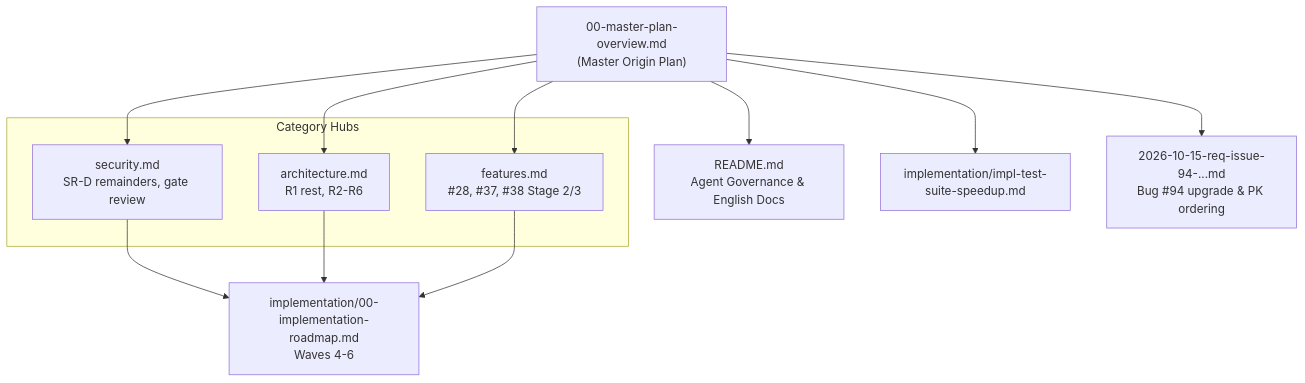
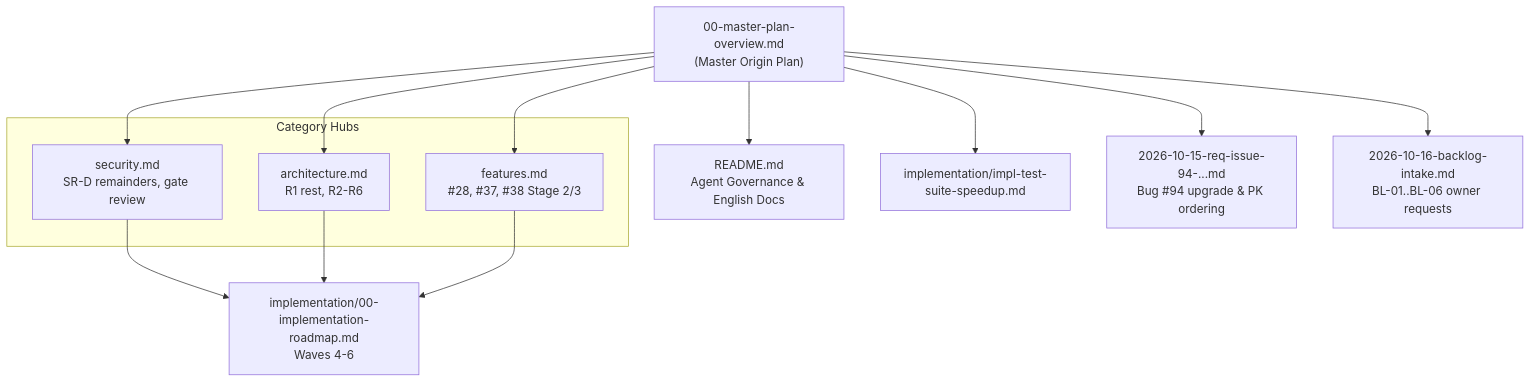
Before and after one commit to themulle/autheris: the diagram in docs/plans/00-master-plan-overview.md, drawn with Mermaid. The commit also changed other lines of this file and 1 other file, not shown here.

Commit message:
docs(plans): backlog intake of owner requests BL-01..BL-06 (2026-10-16)
Records the CDC fan-out (#99), row filter key-set cache (#107), scale to 5,000
users, table cache, per-data-source configuration and open-standard tracing
requests, and the sequence for refining BL-04..BL-06.

````diff
--- a/docs/plans/00-master-plan-overview.md
+++ b/docs/plans/00-master-plan-overview.md
@@ -44,25 +45,27 @@
 ```mermaid
 flowchart TD
     MP["00-master-plan-overview.md<br/>(Master Origin Plan)"]
     AG["README.md<br/>Agent Governance & English Docs"]
     IR["implementation/00-implementation-roadmap.md<br/>Waves 4-6"]
 
     subgraph Categories ["Category Hubs"]
         SR["security.md<br/>SR-D remainders, gate review"]
         AR["architecture.md<br/>R1 rest, R2-R6"]
         FT["features.md<br/>#28, #37, #38 Stage 2/3"]
     end
 
     TS["implementation/impl-test-suite-speedup.md"]
     B94["2026-10-15-req-issue-94-...md<br/>Bug #94 upgrade & PK ordering"]
+    BL["2026-10-16-backlog-intake.md<br/>BL-01..BL-06 owner requests"]
 
     MP --> AG
     MP --> SR
     MP --> AR
     MP --> FT
     MP --> TS
     MP --> B94
+    MP --> BL
     SR --> IR
     AR --> IR
     FT --> IR
 ```
````
